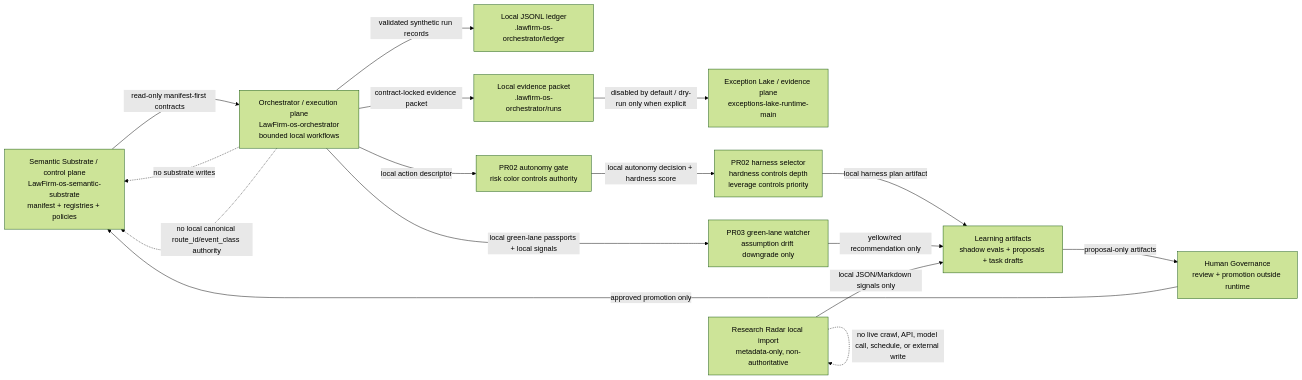
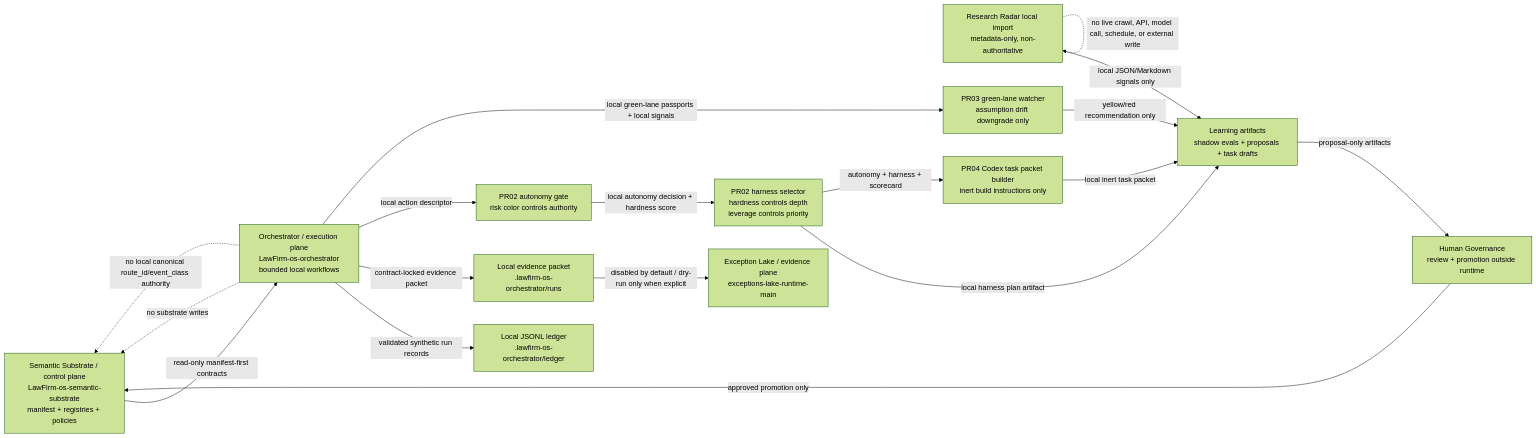
The first of 2 diagrams in DATA_FLOW_MAP.md (lowelltwong-alt/LawFirm-os-orchestrator), drawn with Mermaid (forest theme) before and after one commit. The commit also changed other lines of this file and 12 other files, not shown here.

Commit message:
feat: add inert Codex task packet builder

````diff
--- a/DATA_FLOW_MAP.md
+++ b/DATA_FLOW_MAP.md
@@ -26,31 +26,34 @@
 ```mermaid
 flowchart LR
     SS["Semantic Substrate / control plane\nLawFirm-os-semantic-substrate\nmanifest + registries + policies"]
     OR["Orchestrator / execution plane\nLawFirm-os-orchestrator\nbounded local workflows"]
     LED["Local JSONL ledger\n.lawfirm-os-orchestrator/ledger"]
     PKT["Local evidence packet\n.lawfirm-os-orchestrator/runs"]
     EL["Exception Lake / evidence plane\nexceptions-lake-runtime-main"]
     HUM["Human Governance\nreview + promotion outside runtime"]
     RR["Research Radar local import\nmetadata-only, non-authoritative"]
     LEARN["Learning artifacts\nshadow evals + proposals + task drafts"]
     AUTO["PR02 autonomy gate\nrisk color controls authority"]
     HAR["PR02 harness selector\nhardness controls depth\nleverage controls priority"]
     WATCH["PR03 green-lane watcher\nassumption drift downgrade only"]
+    TASK["PR04 Codex task packet builder\ninert build instructions only"]
 
     SS -->|"read-only manifest-first contracts"| OR
     OR -->|"validated synthetic run records"| LED
     OR -->|"contract-locked evidence packet"| PKT
     OR -->|"local action descriptor"| AUTO
     AUTO -->|"local autonomy decision + hardness score"| HAR
     HAR -->|"local harness plan artifact"| LEARN
     OR -->|"local green-lane passports + local signals"| WATCH
     WATCH -->|"yellow/red recommendation only"| LEARN
+    HAR -->|"autonomy + harness + scorecard"| TASK
+    TASK -->|"local inert task packet"| LEARN
     PKT -->|"disabled by default / dry-run only when explicit"| EL
     RR -->|"local JSON/Markdown signals only"| LEARN
     LEARN -->|"proposal-only artifacts"| HUM
     HUM -->|"approved promotion only"| SS
 
     OR -. "no substrate writes" .-> SS
     OR -. "no local canonical route_id/event_class authority" .-> SS
     RR -. "no live crawl, API, model call, schedule, or external write" .-> RR
 ```
````
